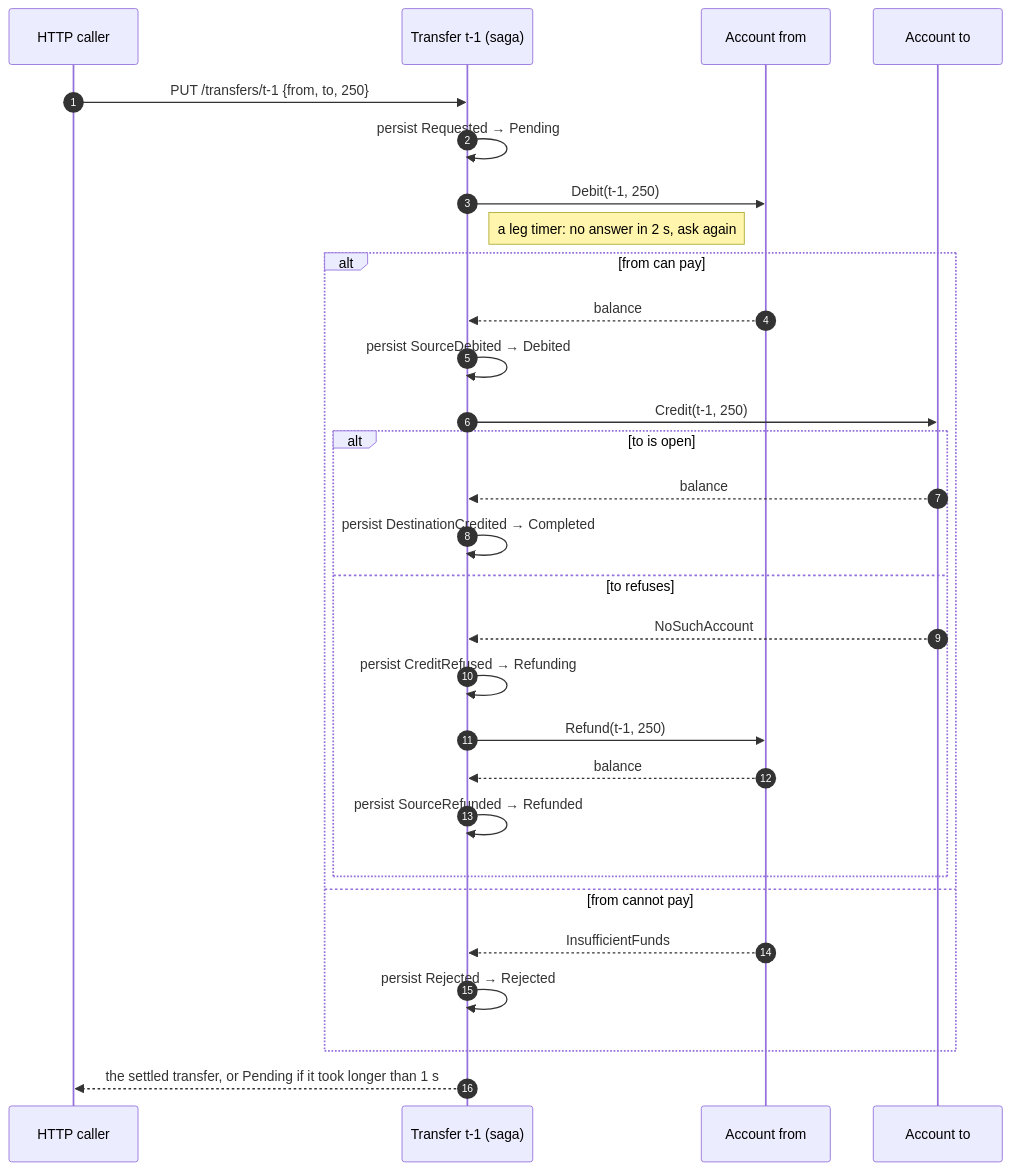
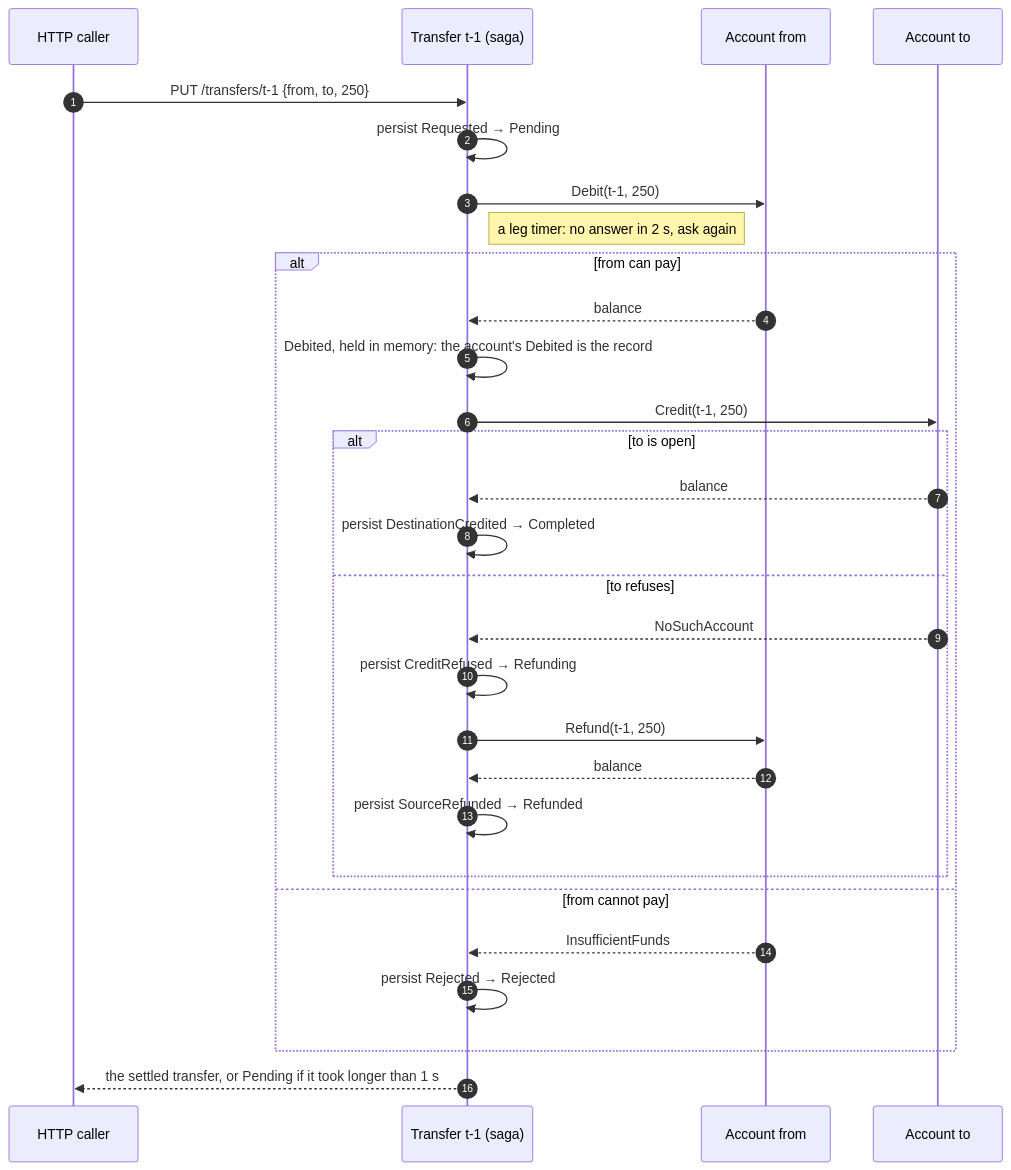
Before and after one commit to matthewjones372/surefold-bank: the third of 7 diagrams in lark-bank/docs/how-the-bank-works.md, drawn with Mermaid. The commit also changed other lines of this file and 12 other files, not shown here.

````diff
--- a/lark-bank/docs/how-the-bank-works.md
+++ b/lark-bank/docs/how-the-bank-works.md
@@ -100,32 +100,32 @@
 ```mermaid
 sequenceDiagram
     autonumber
     participant U as HTTP caller
     participant T as Transfer t-1 (saga)
     participant F as Account from
     participant D as Account to
 
     U->>T: PUT /transfers/t-1 {from, to, 250}
     T->>T: persist Requested → Pending
     T->>F: Debit(t-1, 250)
     Note right of T: a leg timer: no answer in 2 s, ask again
     alt from can pay
         F-->>T: balance
-        T->>T: persist SourceDebited → Debited
+        T->>T: Debited, held in memory: the account's Debited is the record
         T->>D: Credit(t-1, 250)
         alt to is open
             D-->>T: balance
             T->>T: persist DestinationCredited → Completed
         else to refuses
             D-->>T: NoSuchAccount
             T->>T: persist CreditRefused → Refunding
             T->>F: Refund(t-1, 250)
             F-->>T: balance
             T->>T: persist SourceRefunded → Refunded
         end
     else from cannot pay
         F-->>T: InsufficientFunds
         T->>T: persist Rejected → Rejected
     end
     T-->>U: the settled transfer, or Pending if it took longer than 1 s
 ```
````
